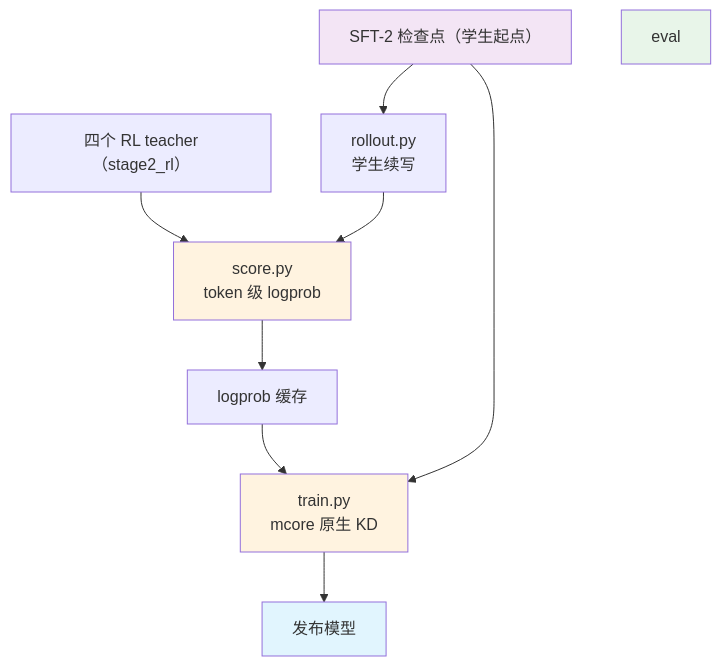
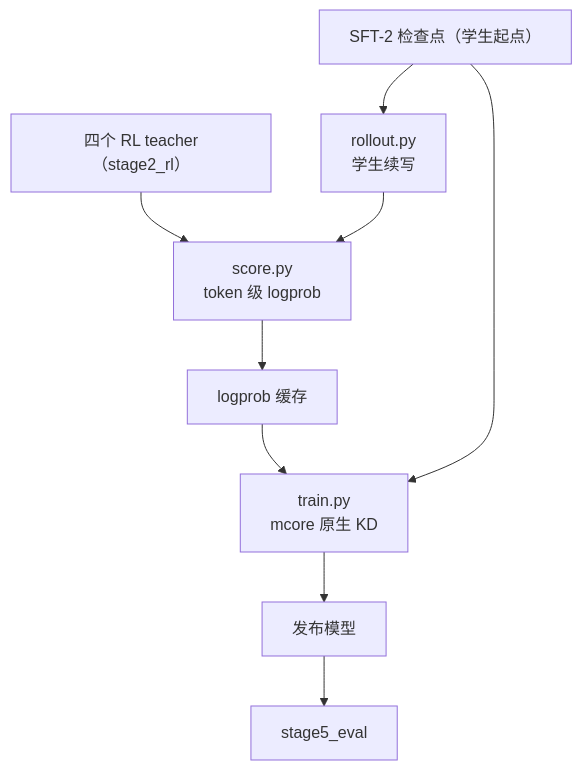
The diagram in src/shensi/recipes/paper/looma/stage3_opd/README.md (zongzhilou/shensi), drawn with Mermaid before and after one commit. The commit also changed other lines of this file and 243 other files, not shown here.

````diff
--- a/src/shensi/recipes/paper/looma/stage3_opd/README.md
+++ b/src/shensi/recipes/paper/looma/stage3_opd/README.md
@@ -75,14 +76,10 @@
 ```mermaid
 flowchart TB
     sft["SFT-2 检查点（学生起点）"] --> roll["rollout.py<br/>学生续写"]
     teachers["四个 RL teacher（stage2_rl）"] --> score["score.py<br/>token 级 logprob"]
     roll --> score --> cache["logprob 缓存"]
     cache --> kd["train.py<br/>mcore 原生 KD"]
     sft --> kd
     kd --> pub["发布模型"]
-    style sft fill:#f3e5f5
-    style score fill:#fff3e0
-    style kd fill:#fff3e0
-    style pub fill:#e1f5fe
-    style eval fill:#e8f5e9
+    pub --> eval5["stage5_eval"]
 ```
````
